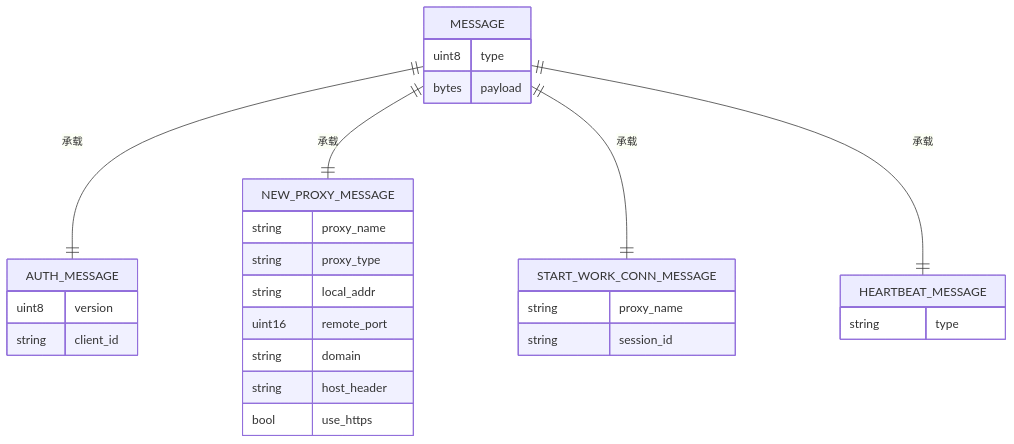
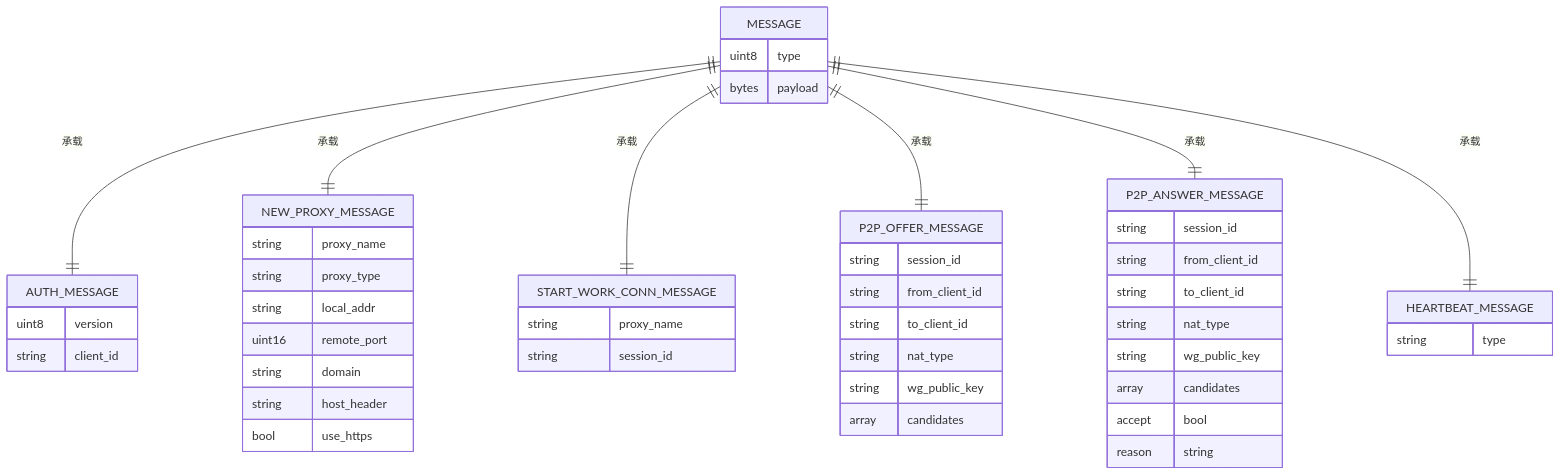
One commit to itsharex/NexTunnel changed the sixth of 7 diagrams in .qoder/repowiki/zh/content/开发者指南/项目进度跟踪.md. Above: the diagram before and after it, drawn with Mermaid. The commit also changed other lines of this file and 6 other files, not shown here.

First line of the commit message:
docs(progress): 更新项目进度，标记 Phase 2 完成并完善相关文档和视图

````diff
--- a/.qoder/repowiki/zh/content/开发者指南/项目进度跟踪.md
+++ b/.qoder/repowiki/zh/content/开发者指南/项目进度跟踪.md
@@ -256,31 +322,51 @@
 ```mermaid
 erDiagram
 MESSAGE {
 uint8 type
 bytes payload
 }
 AUTH_MESSAGE {
 uint8 version
 string client_id
 }
 NEW_PROXY_MESSAGE {
 string proxy_name
 string proxy_type
 string local_addr
 uint16 remote_port
 string domain
 string host_header
 bool use_https
 }
 START_WORK_CONN_MESSAGE {
 string proxy_name
 string session_id
 }
+P2P_OFFER_MESSAGE {
+string session_id
+string from_client_id
+string to_client_id
+string nat_type
+string wg_public_key
+array candidates
+}
+P2P_ANSWER_MESSAGE {
+string session_id
+string from_client_id
+string to_client_id
+string nat_type
+string wg_public_key
+array candidates
+accept bool
+reason string
+}
 HEARTBEAT_MESSAGE {
 string type
 }
 MESSAGE ||--|| AUTH_MESSAGE : "承载"
 MESSAGE ||--|| NEW_PROXY_MESSAGE : "承载"
 MESSAGE ||--|| START_WORK_CONN_MESSAGE : "承载"
+MESSAGE ||--|| P2P_OFFER_MESSAGE : "承载"
+MESSAGE ||--|| P2P_ANSWER_MESSAGE : "承载"
 MESSAGE ||--|| HEARTBEAT_MESSAGE : "承载"
 ```
````
